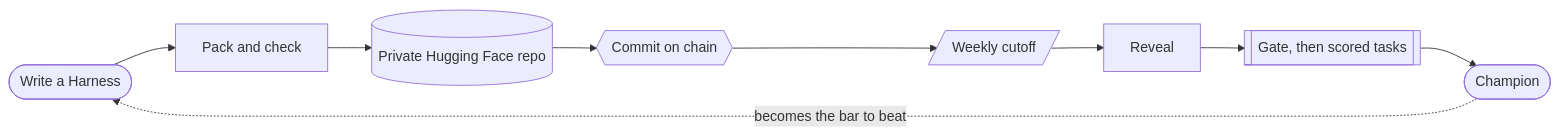
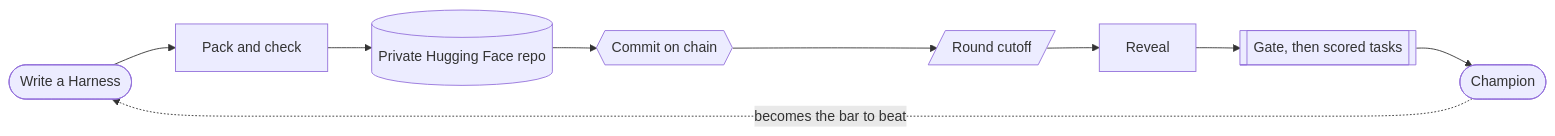
One commit to pocketerlily/pocket-tao changed the diagram in README.md. Above: the diagram before and after it, drawn with Mermaid. The commit also changed other lines of this file and 7 other files, not shown here.

````diff
--- a/README.md
+++ b/README.md
@@ -33,11 +33,11 @@
 ```mermaid
 flowchart LR
     A([Write a Harness]) --> B[Pack and check]
     B --> C[(Private Hugging Face repo)]
     C --> D{{Commit on chain}}
-    D --> E[/Weekly cutoff/]
+    D --> E[/Round cutoff/]
     E --> F[Reveal]
     F --> G[[Gate, then scored tasks]]
     G --> H([Champion])
     H -. becomes the bar to beat .-> A
 ```
````
